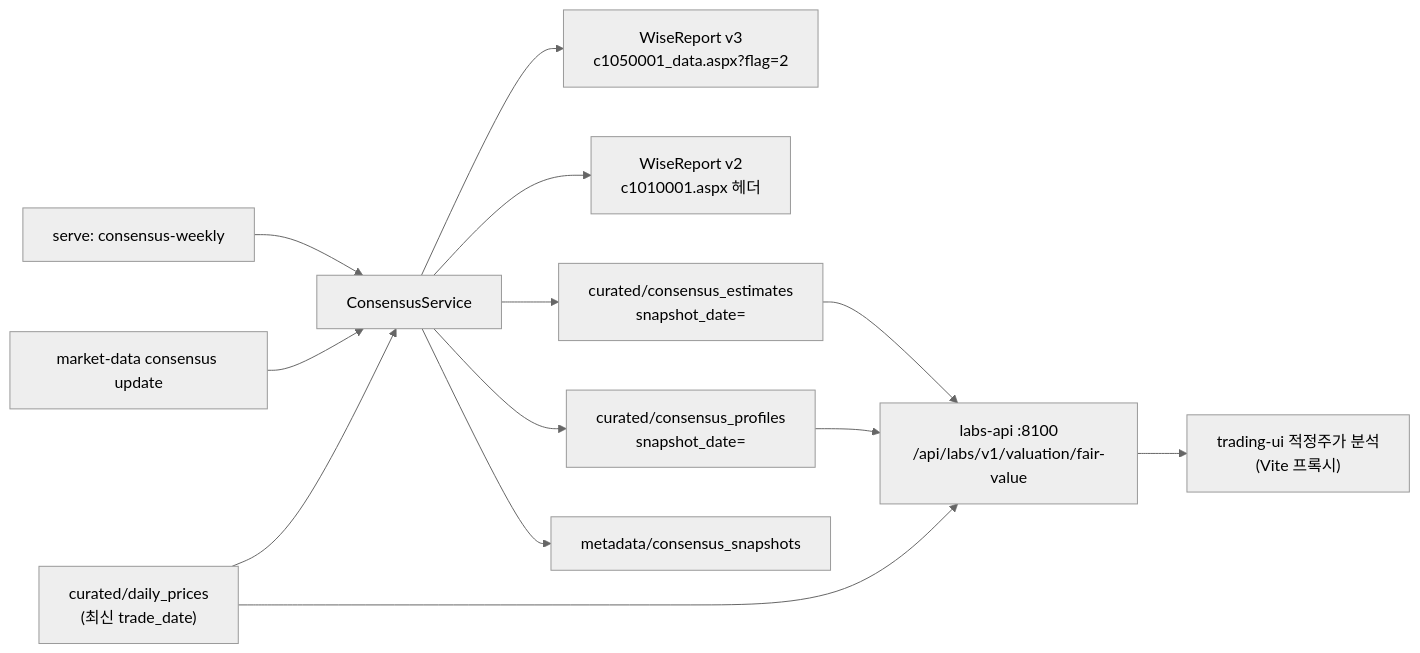
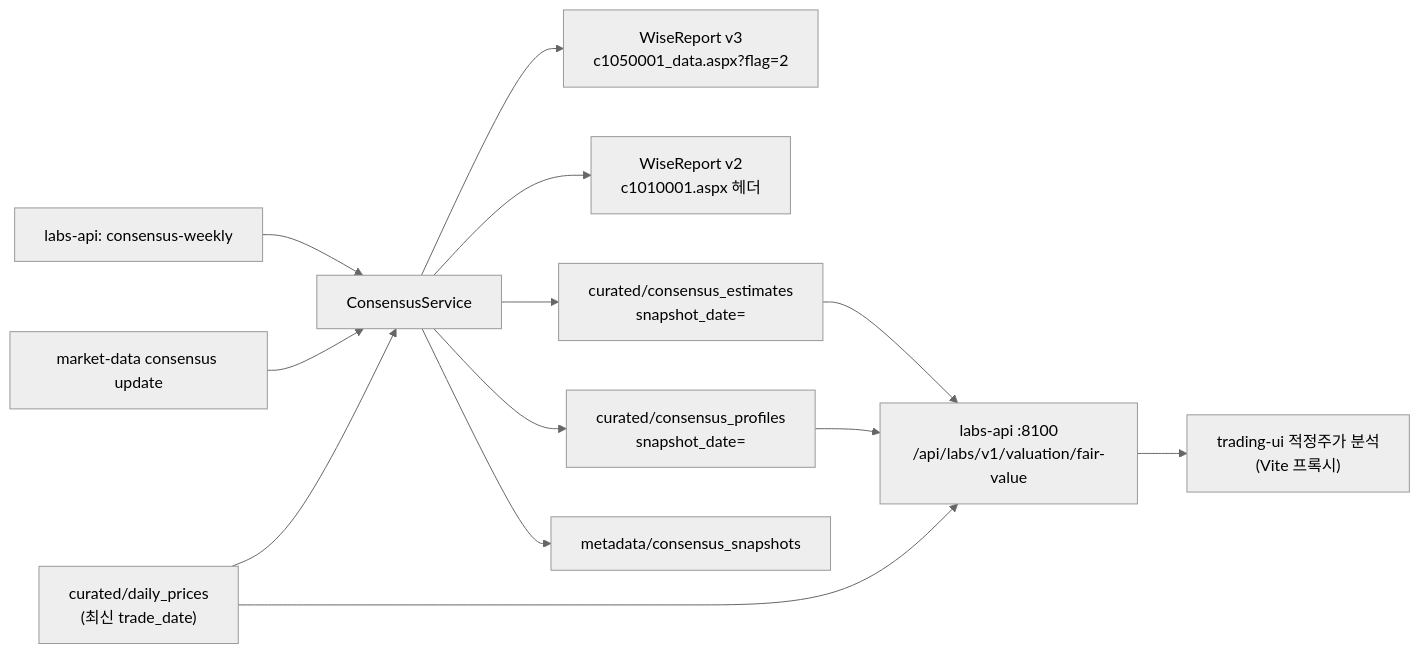
Before and after one commit to twilight4j/trading-labs: the diagram in docs/valuation.md, drawn with Mermaid (neutral theme). The commit also changed other lines of this file and 15 other files, not shown here.

First line of the commit message:
수집 스케줄러를 labs API 프로세스로 합치고 수집 상태·실행·스케줄 API 를 낸다 (JAE-135)

````diff
--- a/docs/valuation.md
+++ b/docs/valuation.md
@@ -16,15 +16,15 @@
 ```mermaid
 flowchart LR
-  Cron["serve: consensus-weekly"] --> Svc["ConsensusService"]
+  Cron["labs-api: consensus-weekly"] --> Svc["ConsensusService"]
   CLI["market-data consensus update"] --> Svc
   Prices["curated/daily_prices\n(최신 trade_date)"] --> Svc
   Svc --> V3["WiseReport v3\nc1050001_data.aspx?flag=2"]
   Svc --> V2["WiseReport v2\nc1010001.aspx 헤더"]
   Svc --> Est["curated/consensus_estimates\nsnapshot_date="]
   Svc --> Prof["curated/consensus_profiles\nsnapshot_date="]
   Svc --> Manifest["metadata/consensus_snapshots"]
   Est --> API["labs-api :8100\n/api/labs/v1/valuation/fair-value"]
   Prof --> API
   Prices --> API
   API --> UI["trading-ui 적정주가 분석\n(Vite 프록시)"]
 ```
````
